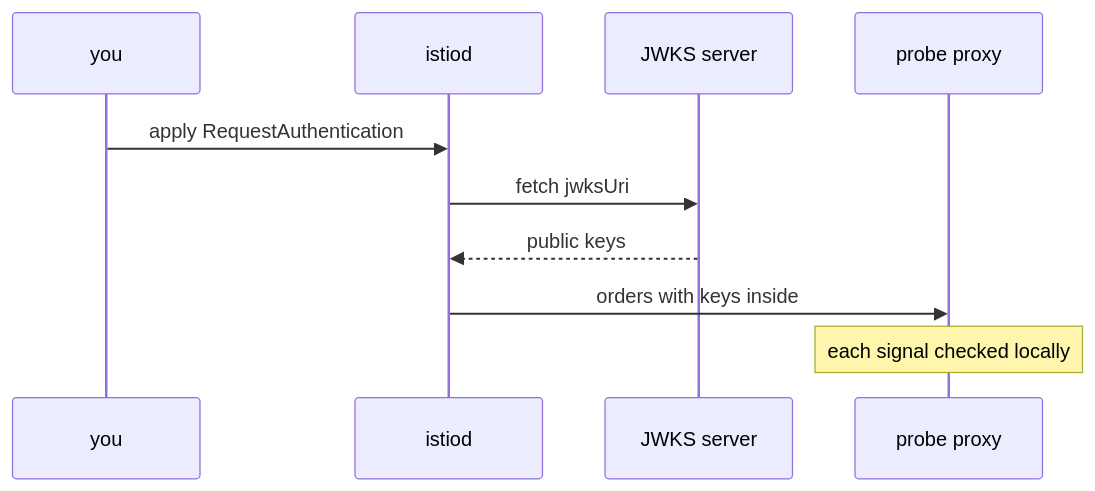
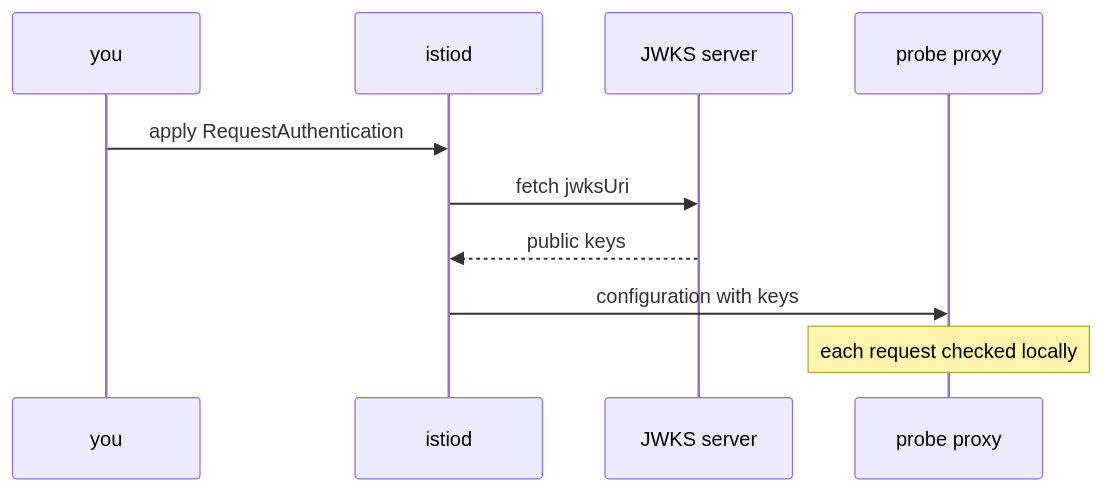
The second of 2 diagrams in sections/section-030/module-01/course-02-check-the-token.md (astrona-io/ATS015), drawn with Mermaid before and after one commit. The commit also changed other lines of this file and 32 other files, not shown here.

````diff
--- a/sections/section-030/module-01/course-02-check-the-token.md
+++ b/sections/section-030/module-01/course-02-check-the-token.md
@@ -147,12 +147,12 @@
 ```mermaid
 sequenceDiagram
     participant K as you
     participant I as istiod
     participant W as JWKS server
     participant P as probe proxy
     K->>I: apply RequestAuthentication
     I->>W: fetch jwksUri
     W-->>I: public keys
-    I->>P: orders with keys inside
-    Note over P: each signal checked locally
+    I->>P: configuration with keys
+    Note over P: each request checked locally
 ```
````
